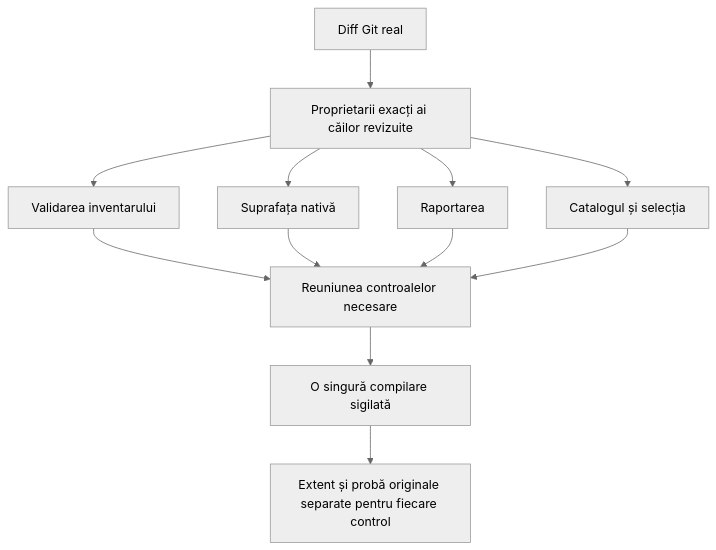
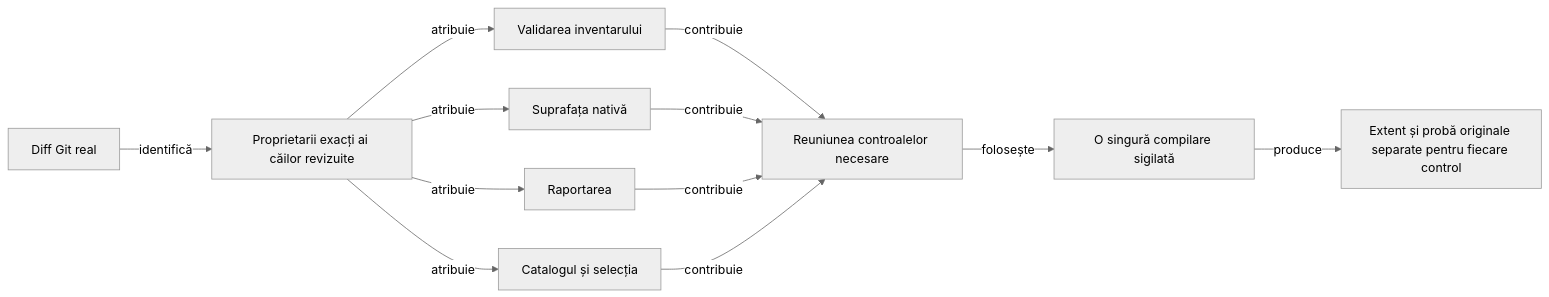
The third of 3 diagrams in docs/governance/ATF_TestChanges.md (crististefanita/whist), drawn with Mermaid (neutral theme) before and after one commit.

Commit message:
Align the Romanian domain-flow diagram with the shared contract

````diff
--- a/docs/governance/ATF_TestChanges.md
+++ b/docs/governance/ATF_TestChanges.md
@@ -169,14 +169,14 @@
 ```mermaid
-flowchart TD
-    DIFF["Diff Git real"] --> OWNER["Proprietarii exacți ai căilor revizuite"]
-    OWNER --> VALIDATOR["Validarea inventarului"]
-    OWNER --> UI["Suprafața nativă"]
-    OWNER --> REPORT["Raportarea"]
-    OWNER --> CATALOG["Catalogul și selecția"]
-    VALIDATOR --> UNION["Reuniunea controalelor necesare"]
-    UI --> UNION
-    REPORT --> UNION
-    CATALOG --> UNION
-    UNION --> COMPILE["O singură compilare sigilată"]
-    COMPILE --> PROOFS["Extent și probă originale separate pentru fiecare control"]
+flowchart LR
+    DIFF["Diff Git real"] -->|identifică| OWNER["Proprietarii exacți ai căilor revizuite"]
+    OWNER -->|atribuie| VALIDATOR["Validarea inventarului"]
+    OWNER -->|atribuie| UI["Suprafața nativă"]
+    OWNER -->|atribuie| REPORT["Raportarea"]
+    OWNER -->|atribuie| CATALOG["Catalogul și selecția"]
+    VALIDATOR -->|contribuie| UNION["Reuniunea controalelor necesare"]
+    UI -->|contribuie| UNION
+    REPORT -->|contribuie| UNION
+    CATALOG -->|contribuie| UNION
+    UNION -->|folosește| COMPILE["O singură compilare sigilată"]
+    COMPILE -->|produce| PROOFS["Extent și probă originale separate pentru fiecare control"]
 ```
````
